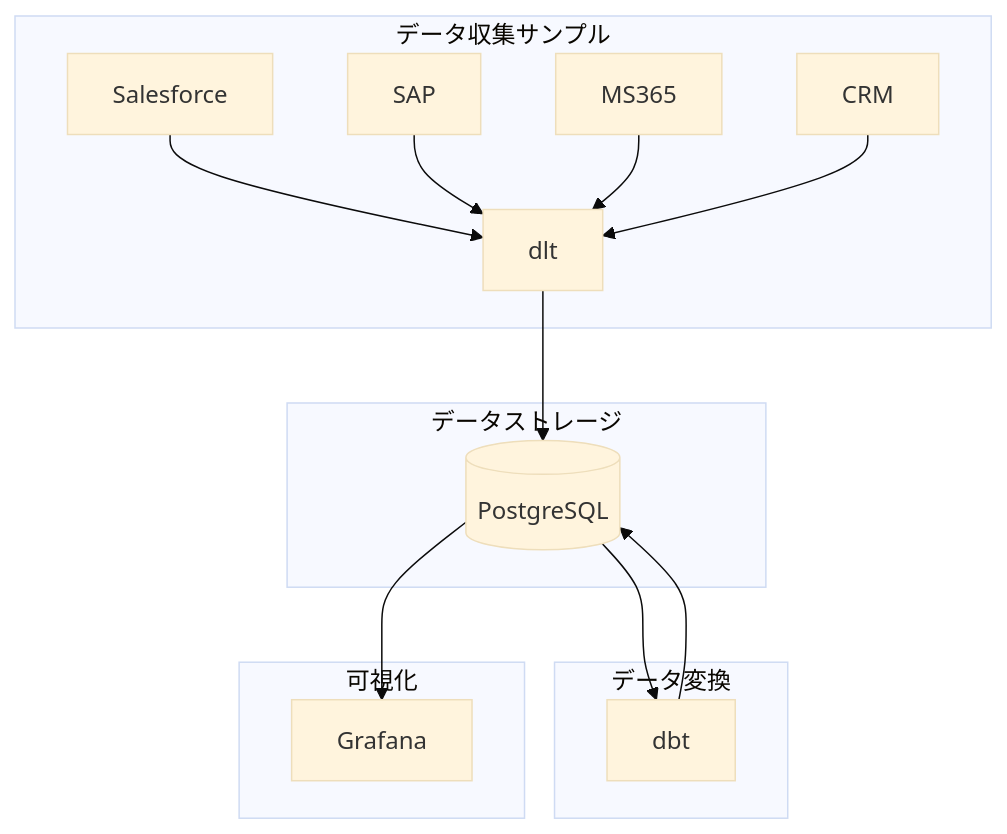
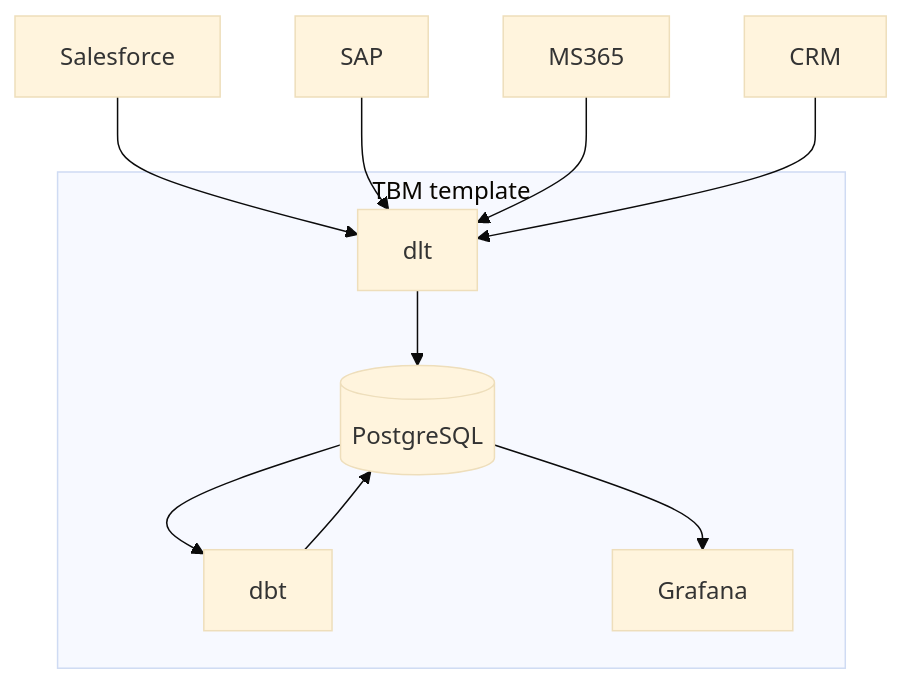
One commit to suwa-sh/tbm-template changed the first of 2 diagrams in README.md. Above: the diagram before and after it, drawn with Mermaid (base theme). The commit also changed other lines of this file, not shown here.

Commit message:
docs: readme調整

````diff
--- a/README.md
+++ b/README.md
@@ -55,30 +55,27 @@
 ```mermaid
 graph TD
-    subgraph データ収集サンプル
+    EXT1[Salesforce]
+    EXT2[SAP]
+    EXT3[MS365]
+    EXT4[CRM]
+
+    subgraph tbmt[TBM template]
         DLT[dlt]
-        EXT1[Salesforce]
-        EXT2[SAP]
-        EXT3[MS365]
-        EXT4[CRM]
-        EXT1 --> DLT
-        EXT2 --> DLT
-        EXT3 --> DLT
-        EXT4 --> DLT
+        DBT[dbt]
+
+        DB[(PostgreSQL)]
+
+        GF[Grafana]
     end
 
-    subgraph データストレージ
-        DB[(PostgreSQL)]
-        DLT --> DB
-    end
+    EXT1 --> DLT
+    EXT2 --> DLT
+    EXT3 --> DLT
+    EXT4 --> DLT
 
-    subgraph データ変換
-        DBT[dbt]
-        DB --> DBT
-        DBT --> DB
-    end
+    DLT --> DB
+    DB --> DBT
+    DBT --> DB
 
-    subgraph 可視化
-        GF[Grafana]
-        DB --> GF
-    end
+    DB --> GF
 ```
````
